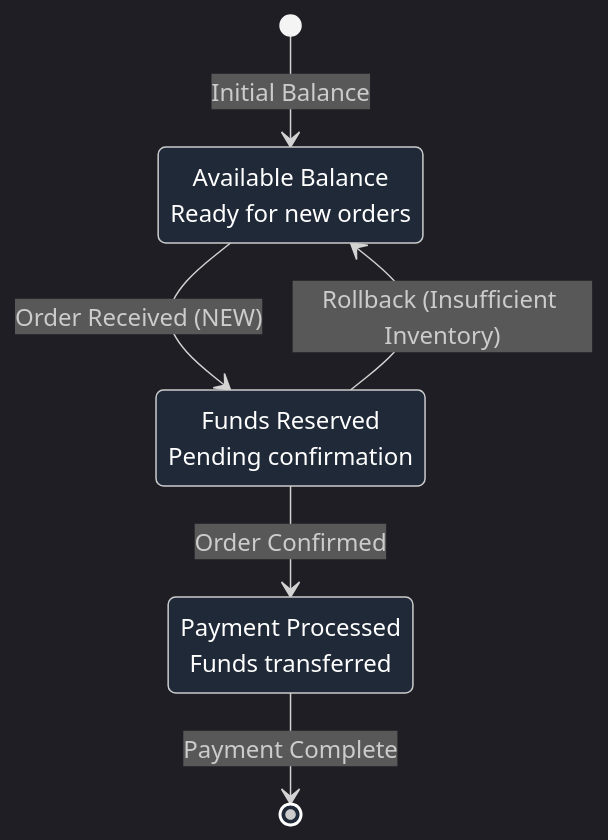
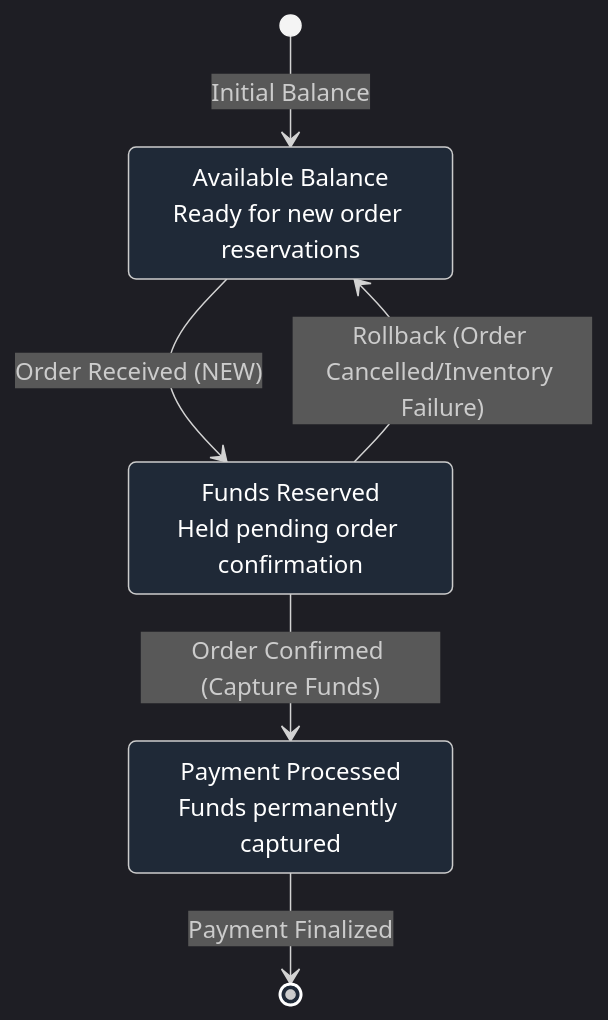
One commit to rajadilipkolli/spring-boot-microservices-series-v2 changed the third of 3 diagrams in payment-service/PaymentService-Sequence-Diagram.md. Above: the diagram before and after it, drawn with Mermaid. The commit also changed other lines of this file and 51 other files, not shown here.

````diff
--- a/payment-service/PaymentService-Sequence-Diagram.md
+++ b/payment-service/PaymentService-Sequence-Diagram.md
@@ -321,13 +431,13 @@
 ```mermaid
 %%{init: {'theme':'dark', 'themeVariables': {'primaryColor':'#1f2937', 'primaryTextColor':'#ffffff', 'primaryBorderColor':'#374151', 'lineColor':'#ffffff', 'sectionBkColor':'#374151', 'altSectionBkColor':'#4b5563', 'gridColor':'#6b7280', 'secondaryColor':'#374151', 'tertiaryColor':'#4b5563', 'background':'#111827', 'mainBkg':'#1f2937', 'secondBkg':'#374151', 'tertiaryBkg':'#4b5563'}}}%%
 stateDiagram-v2
     [*] --> Available: Initial Balance
     Available --> Reserved: Order Received (NEW)
-    Reserved --> Available: Rollback (Insufficient Inventory)
-    Reserved --> Deducted: Order Confirmed
-    Deducted --> [*]: Payment Complete
+    Reserved --> Available: Rollback (Order Cancelled/Inventory Failure)
+    Reserved --> Deducted: Order Confirmed (Capture Funds)
+    Deducted --> [*]: Payment Finalized
     
-    Available: Available Balance<br/>Ready for new orders
-    Reserved: Funds Reserved<br/>Pending confirmation
-    Deducted: Payment Processed<br/>Funds transferred
+    Available: Available Balance<br/>Ready for new order reservations
+    Reserved: Funds Reserved<br/>Held pending order confirmation
+    Deducted: Payment Processed<br/>Funds permanently captured
 ```
````
